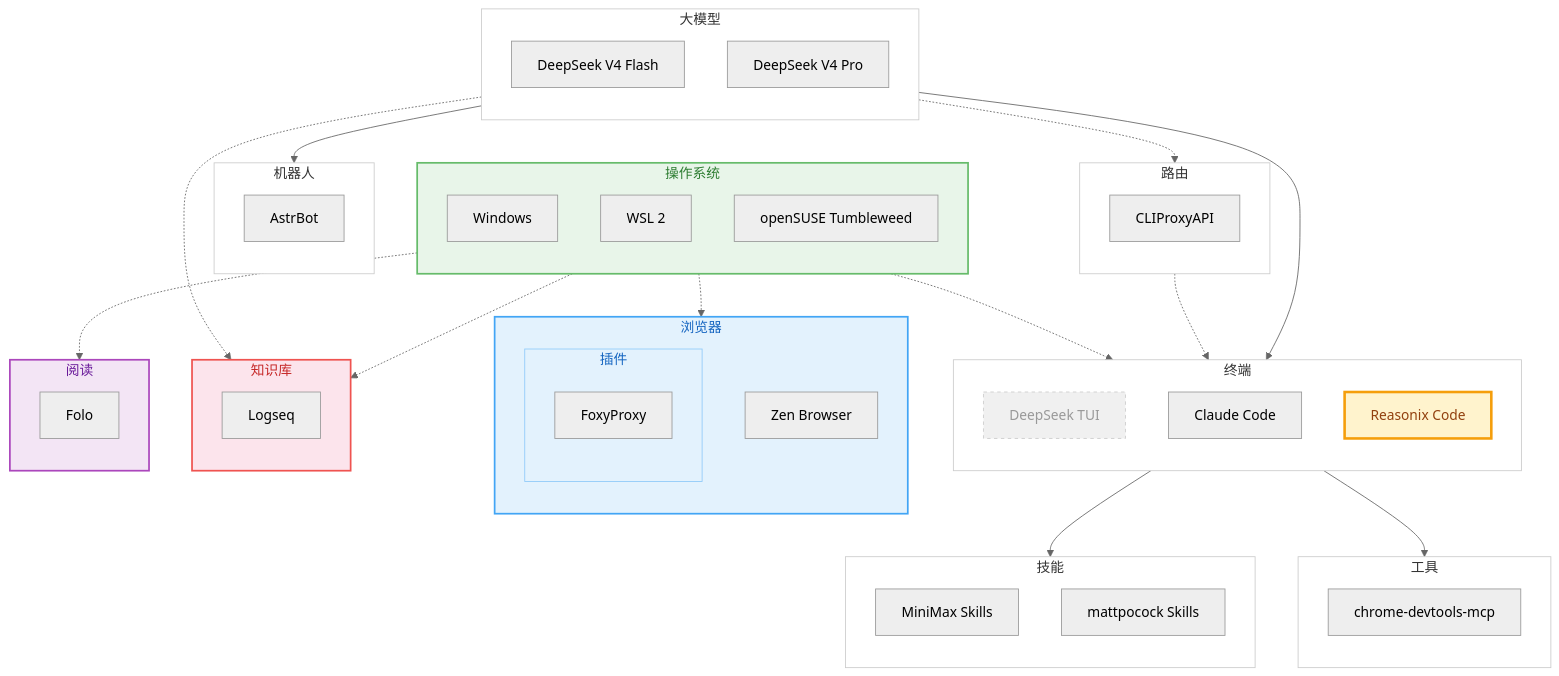
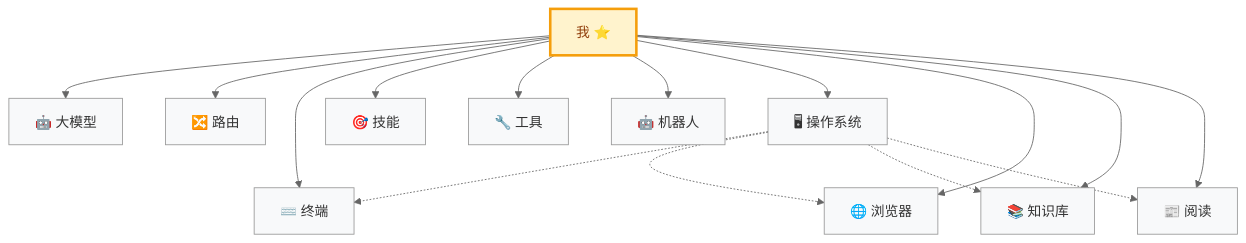
Before and after one commit to yuanxin518/ai-path: the diagram in README.md, drawn with Mermaid (neutral theme). The commit also changed other lines of this file, not shown here.

Commit message:
refactor: 以我为中心重构图谱，整体配色统一为中性灰阶

````diff
--- a/README.md
+++ b/README.md
@@ -23,89 +23,43 @@
 ```mermaid
 flowchart TD
-    subgraph N00["大模型"]
-        direction TB
-        DS1["DeepSeek V4 Flash"]
-        DS2["DeepSeek V4 Pro"]
-    end
-    style N00 fill:#ffffff,stroke:#cccccc,stroke-width:1px,color:#333333
+    ME["我 ⭐"]
+    style ME fill:#fff3cd,stroke:#f59e0b,stroke-width:3px,color:#92400e
 
-    subgraph N01["路由"]
-        direction TB
-        CPA["CLIProxyAPI"]
-    end
-    style N01 fill:#ffffff,stroke:#cccccc,stroke-width:1px,color:#333333
+    N00["🤖 大模型"]
+    N01["🔀 路由"]
+    N02["⌨️ 终端"]
+    N03["🎯 技能"]
+    N04["🔧 工具"]
+    N05["🤖 机器人"]
+    N06["🖥 操作系统"]
+    N07["🌐 浏览器"]
+    N08["📚 知识库"]
+    N09["📰 阅读"]
 
-    subgraph N02["终端"]
-        direction TB
-        TUI["DeepSeek TUI"]
-        CC["Claude Code"]
-        RX["Reasonix Code"]
-    end
-    style TUI fill:#f0f0f0,stroke:#cccccc,stroke-width:1px,stroke-dasharray:4 4,color:#999999
-    style RX fill:#fff3cd,stroke:#f59e0b,stroke-width:3px,color:#92400e
-    style N02 fill:#ffffff,stroke:#cccccc,stroke-width:1px,color:#333333
+    style N00 fill:#f8f9fa,stroke:#999,stroke-width:1px,color:#333
+    style N01 fill:#f8f9fa,stroke:#999,stroke-width:1px,color:#333
+    style N02 fill:#f8f9fa,stroke:#999,stroke-width:1px,color:#333
+    style N03 fill:#f8f9fa,stroke:#999,stroke-width:1px,color:#333
+    style N04 fill:#f8f9fa,stroke:#999,stroke-width:1px,color:#333
+    style N05 fill:#f8f9fa,stroke:#999,stroke-width:1px,color:#333
+    style N06 fill:#f8f9fa,stroke:#999,stroke-width:1px,color:#333
+    style N07 fill:#f8f9fa,stroke:#999,stroke-width:1px,color:#333
+    style N08 fill:#f8f9fa,stroke:#999,stroke-width:1px,color:#333
+    style N09 fill:#f8f9fa,stroke:#999,stroke-width:1px,color:#333
 
-    subgraph N03["技能"]
-        direction TB
-        MSK["MiniMax Skills"]
-        PSK["mattpocock Skills"]
-    end
-    style N03 fill:#ffffff,stroke:#cccccc,stroke-width:1px,color:#333333
-
-    subgraph N04["工具"]
-        direction TB
-        CDM["chrome-devtools-mcp"]
-    end
-    style N04 fill:#ffffff,stroke:#cccccc,stroke-width:1px,color:#333333
-
-    subgraph N05["机器人"]
-        direction TB
-        AB["AstrBot"]
-    end
-    style N05 fill:#ffffff,stroke:#cccccc,stroke-width:1px,color:#333333
-
-    N00 --> N02
-    N00 -.-> N01
-    N01 -.-> N02
-    N02 --> N03
-    N02 --> N04
-    N00 --> N05
-
-    subgraph N06["操作系统"]
-        direction TB
-        WIN["Windows"]
-        WSL2_["WSL 2"]
-        SUSE["openSUSE Tumbleweed"]
-    end
-    style N06 fill:#e8f5e9,stroke:#66bb6a,stroke-width:2px,color:#2e7d32
+    ME --> N00
+    ME --> N01
+    ME --> N02
+    ME --> N03
+    ME --> N04
+    ME --> N05
+    ME --> N06
+    ME --> N07
+    ME --> N08
+    ME --> N09
 
     N06 -.-> N02
     N06 -.-> N07
     N06 -.-> N08
     N06 -.-> N09
-
-    subgraph N07["浏览器"]
-        direction TB
-        ZB["Zen Browser"]
-        subgraph N07_P["插件"]
-            direction TB
-            FP["FoxyProxy"]
-        end
-        style N07_P fill:#e3f2fd,stroke:#90caf9,stroke-width:1px,color:#1565c0
-    end
-    style N07 fill:#e3f2fd,stroke:#42a5f5,stroke-width:2px,color:#1565c0
-
-    subgraph N08["知识库"]
-        direction TB
-        LOGSEQ["Logseq"]
-    end
-    style N08 fill:#fce4ec,stroke:#ef5350,stroke-width:2px,color:#c62828
-
-    N00 -.-> N08
-
-    subgraph N09["阅读"]
-        direction TB
-        FOLO["Folo"]
-    end
-    style N09 fill:#f3e5f5,stroke:#ab47bc,stroke-width:2px,color:#6a1b9a
 ```
````
